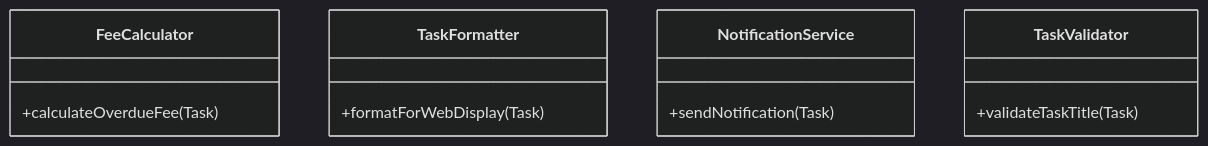
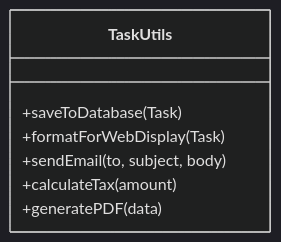
Before and after one commit to suli-g/stratum: the sixth of 10 diagrams in docs/level-1/L02.md, drawn with Mermaid (dark theme). The commit also changed other lines of this file, not shown here.

Commit message:
Draft: Updated version of task 2 - to be submitted for comparison.

````diff
--- a/docs/level-1/L02.md
+++ b/docs/level-1/L02.md
@@ -156,15 +191,10 @@
 ```{mermaid}
 classDiagram
-    class FeeCalculator {
-        +calculateOverdueFee(Task)
-    }
-    class TaskFormatter {
+    class TaskUtils {
+        +saveToDatabase(Task)
         +formatForWebDisplay(Task)
-    }
-    class NotificationService {
-        +sendNotification(Task)
-    }
-    class TaskValidator {
-        +validateTaskTitle(Task)
+        +sendEmail(to, subject, body)
+        +calculateTax(amount)
+        +generatePDF(data)
     }
 ```
````
